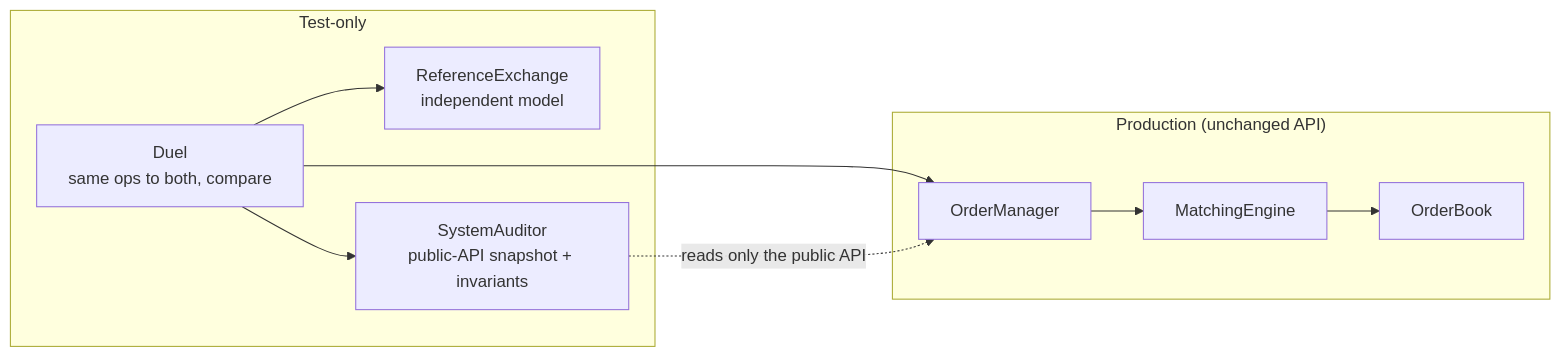
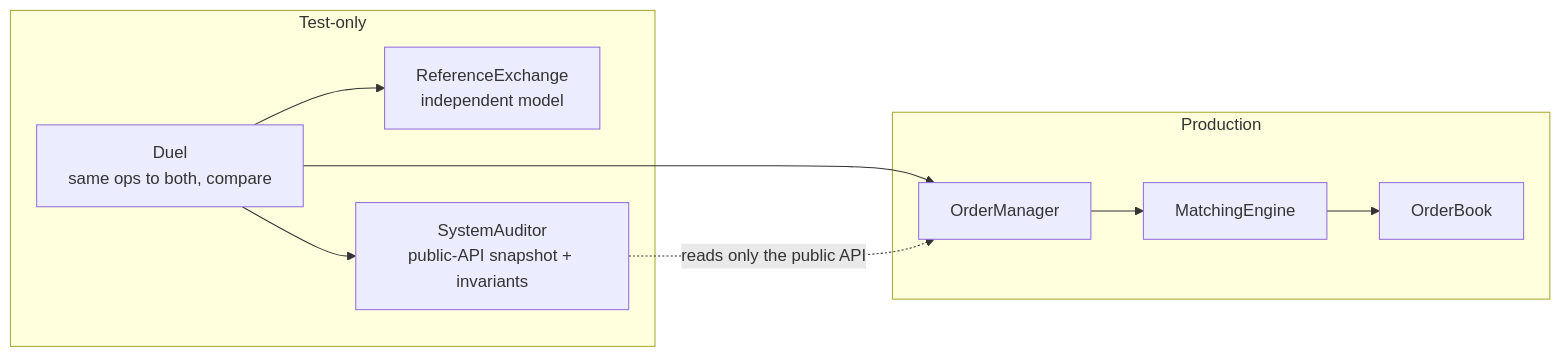
Before and after one commit to manthan108-ux/limit-order-book-matching-engine: the sixth of 6 diagrams in docs/ARCHITECTURE.md, drawn with Mermaid. The commit also changed other lines of this file and 5 other files, not shown here.

Commit message:
docs: overhaul README, architecture and verification documentation

````diff
--- a/docs/ARCHITECTURE.md
+++ b/docs/ARCHITECTURE.md
@@ -446,15 +662,15 @@
 ```mermaid
 flowchart LR
-    subgraph prod["Production (unchanged API)"]
+    subgraph prod["Production"]
         OM["OrderManager"] --> ME["MatchingEngine"] --> OB["OrderBook"]
     end
     subgraph test["Test-only"]
         REF["ReferenceExchange<br/>independent model"]
         AUD["SystemAuditor<br/>public-API snapshot + invariants"]
         DU["Duel<br/>same ops to both, compare"]
     end
     DU --> OM
     DU --> REF
     DU --> AUD
     AUD -. "reads only the public API" .-> OM
 ```
````
